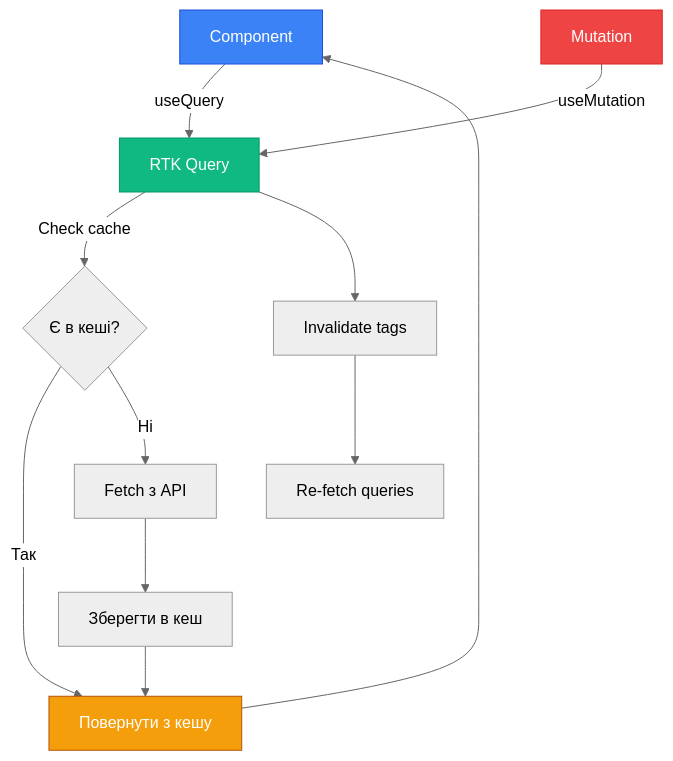
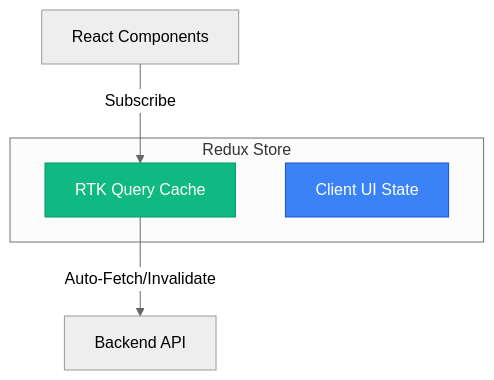
Before and after one commit to arakviel/kostyl.dev: the diagram in content/03.javascript/04.react/06.redux/05.advanced/02.rtk-query-intro.md, drawn with Mermaid (neutral theme). The commit also changed other lines of this file and 222 other files, not shown here.

````diff
--- a/content/03.javascript/04.react/06.redux/05.advanced/02.rtk-query-intro.md
+++ b/content/03.javascript/04.react/06.redux/05.advanced/02.rtk-query-intro.md
@@ -94,19 +27,13 @@
 ```mermaid
-graph TB
-    A[Component] -->|useQuery| B[RTK Query]
-    B -->|Check cache| C{Є в кеші?}
-    C -->|Так| D[Повернути з кешу]
-    C -->|Ні| E[Fetch з API]
-    E --> F[Зберегти в кеш]
-    F --> D
-    D --> A
+graph TD
+UI[React Components] -->|Subscribe| Cache[RTK Query Cache]
+Cache -->|Auto-Fetch/Invalidate| Server[Backend API]
 
-    G[Mutation] -->|useMutation| B
-    B --> H[Invalidate tags]
-    H --> I[Re-fetch queries]
+    subgraph "Redux Store"
+    Cache
+    ClientState[Client UI State]
+    end
 
-    style A fill:#3b82f6,stroke:#1d4ed8,color:#ffffff
-    style B fill:#10b981,stroke:#059669,color:#ffffff
-    style D fill:#f59e0b,stroke:#b45309,color:#ffffff
-    style G fill:#ef4444,stroke:#dc2626,color:#ffffff
+    style Cache fill:#10b981,stroke:#059669,color:#ffffff
+    style ClientState fill:#3b82f6,stroke:#1d4ed8,color:#ffffff
 ```
````
